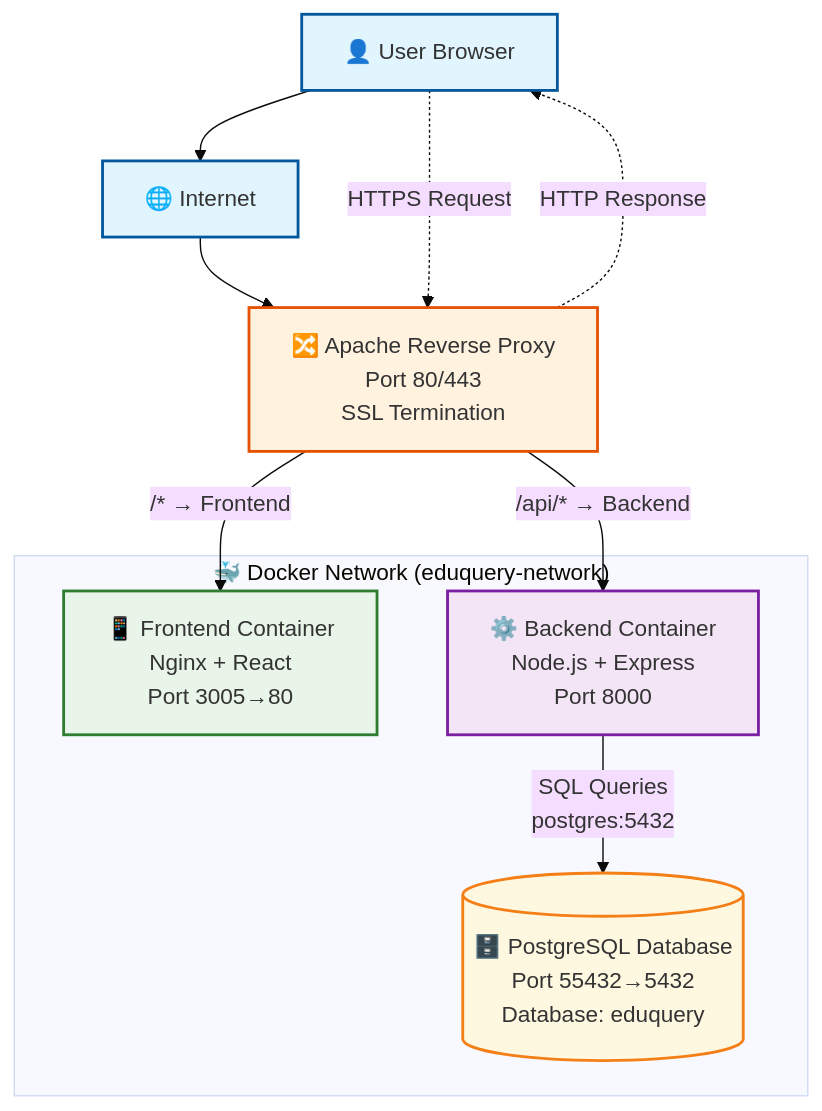
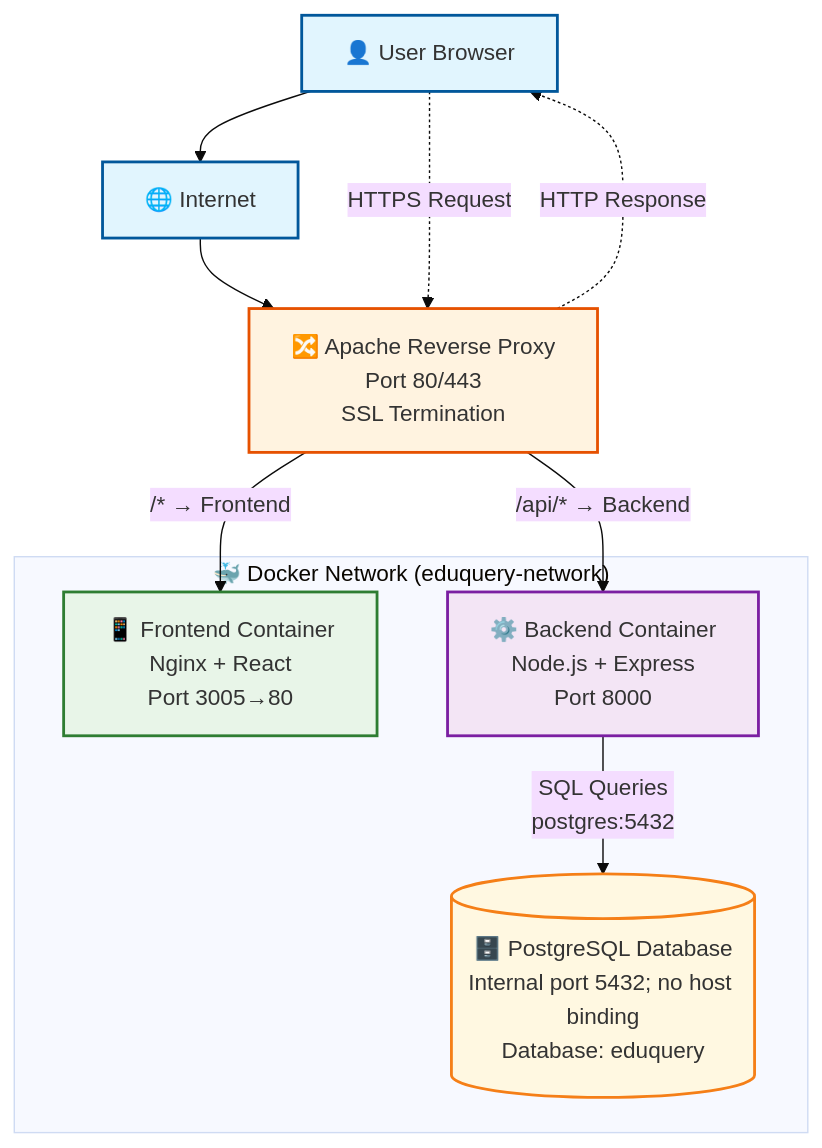
The first of 2 diagrams in apps/extensions/question-maker/docs/ARCHITECTURE.md (EduAI-Lab/EduAI), drawn with Mermaid (base theme) before and after one commit. The commit also changed other lines of this file and 7 other files, not shown here.

````diff
--- a/apps/extensions/question-maker/docs/ARCHITECTURE.md
+++ b/apps/extensions/question-maker/docs/ARCHITECTURE.md
@@ -314,49 +314,49 @@
 ```mermaid
 graph TB
     %% External Layer
     User[👤 User Browser]
     Internet[🌐 Internet]
     
     %% Apache Reverse Proxy
     Apache[🔀 Apache Reverse Proxy<br/>Port 80/443<br/>SSL Termination]
     
     %% Docker Network
     subgraph Docker["🐳 Docker Network (eduquery-network)"]
         %% Frontend Container
         Frontend[📱 Frontend Container<br/>Nginx + React<br/>Port 3005→80]
         
         %% Backend Container
         Backend[⚙️ Backend Container<br/>Node.js + Express<br/>Port 8000]
         
         %% Database Container
-        Database[(🗄️ PostgreSQL Database<br/>Port 55432→5432<br/>Database: eduquery)]
+        Database[(🗄️ PostgreSQL Database<br/>Internal port 5432; no host binding<br/>Database: eduquery)]
     end
     
     %% Request Flow
     User --> Internet
     Internet --> Apache
     
     %% Apache Routing
     Apache -->|"/api/* → Backend"| Backend
     Apache -->|"/* → Frontend"| Frontend
     
     %% Internal Communication
     Backend -->|"SQL Queries<br/>postgres:5432"| Database
     
     %% Data Flow Labels
     User -.->|"HTTPS Request"| Apache
     Apache -.->|"HTTP Response"| User
     
     %% Styling
     classDef external fill:#e1f5fe,stroke:#01579b,stroke-width:2px
     classDef proxy fill:#fff3e0,stroke:#e65100,stroke-width:2px
     classDef frontend fill:#e8f5e8,stroke:#2e7d32,stroke-width:2px
     classDef backend fill:#f3e5f5,stroke:#7b1fa2,stroke-width:2px
     classDef database fill:#fff8e1,stroke:#f57f17,stroke-width:2px
     
     class User,Internet external
     class Apache proxy
     class Frontend frontend
     class Backend backend
     class Database database
 ```
````
